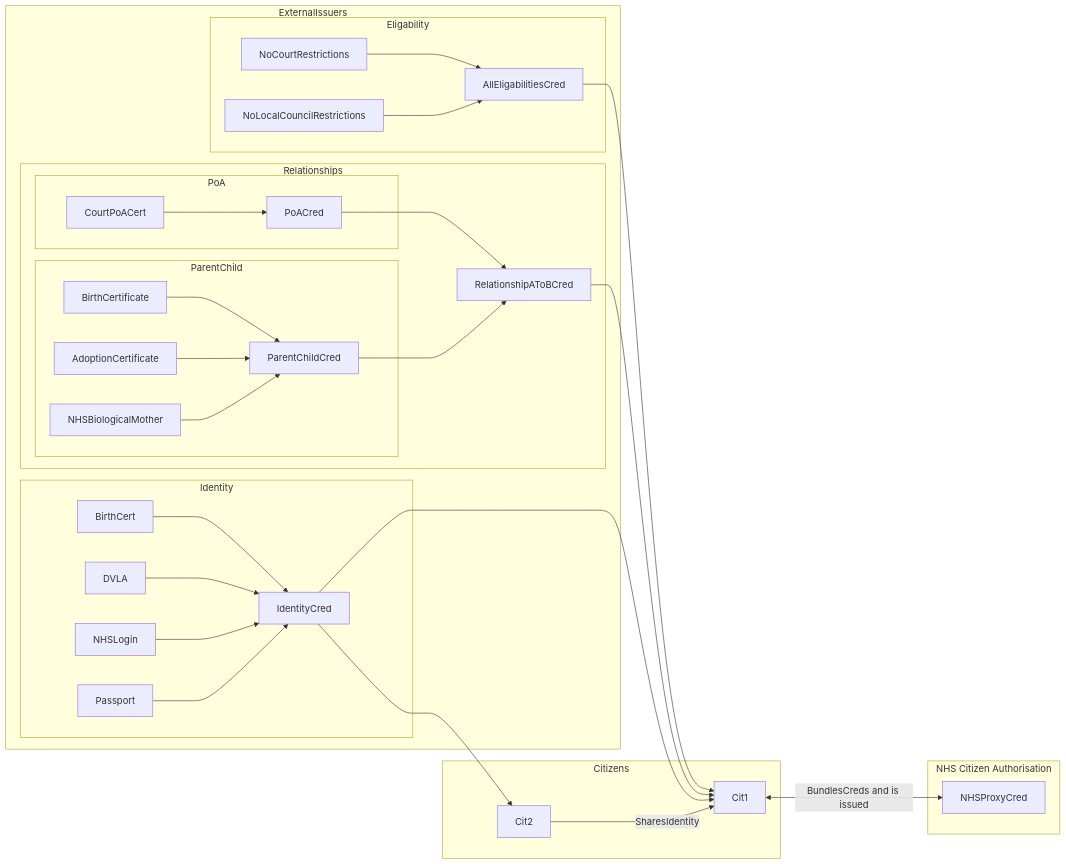
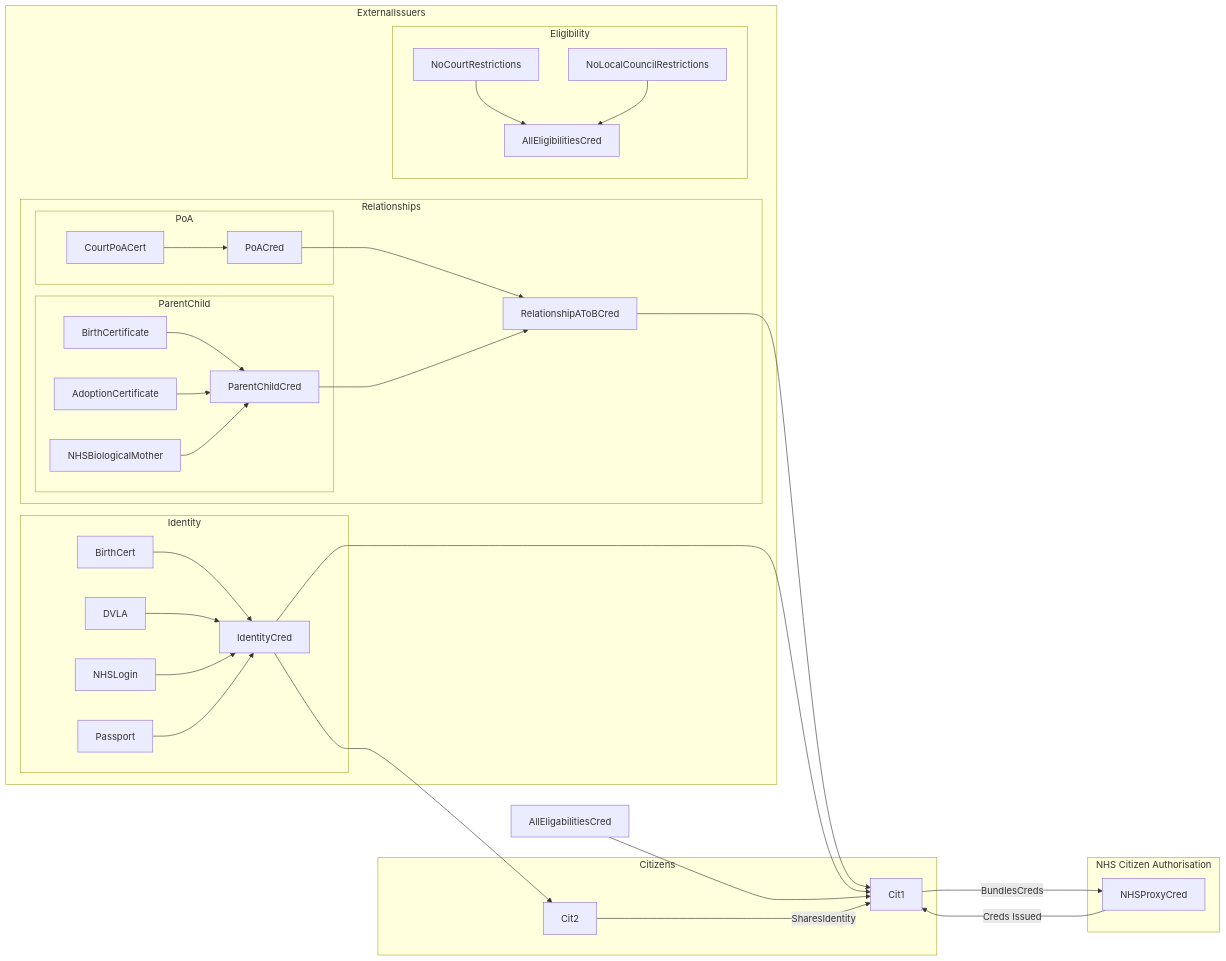
One commit to nhsexperience/nhs-experience changed the diagram in docs/nhs-account/verifyable-credentials.md. Above: the diagram before and after it, drawn with Mermaid. The commit also changed 1 other file, not shown here.

Commit message:
Added content of BMA parent child relationship.

````diff
--- a/docs/nhs-account/verifyable-credentials.md
+++ b/docs/nhs-account/verifyable-credentials.md
@@ -15,48 +15,49 @@
 ```mermaid!
     graph LR
         IdentityCred -->Cit1
         IdentityCred -->Cit2
         RelationshipAToBCred -->Cit1
         AllEligabilitiesCred -->Cit1
-        Cit1 <-->|BundlesCreds and is issued|NHSProxyCred
+        Cit1 ---->|BundlesCreds|NHSProxyCred
+        NHSProxyCred ----> |Creds Issued|Cit1
 
         subgraph Citizens    
             Cit1
             Cit2
             Cit2 -->|SharesIdentity|Cit1
         end
         subgraph ExternalIssuers  
             subgraph Identity
                 BirthCert --> IdentityCred
                 DVLA --> IdentityCred
                 NHSLogin --> IdentityCred
                 Passport --> IdentityCred
                 DVLA
                 NHSLogin
                 Passport
             end
             subgraph Relationships
                 ParentChildCred -->RelationshipAToBCred
                 PoACred --> RelationshipAToBCred
 
                 subgraph ParentChild
                     BirthCertificate --> ParentChildCred
                     AdoptionCertificate --> ParentChildCred
                     NHSBiologicalMother --> ParentChildCred
                 end
                 subgraph PoA
                     CourtPoACert --> PoACred
                     
                 end
                 
             end
-            subgraph Eligability
-                NoCourtRestrictions -->AllEligabilitiesCred
-                NoLocalCouncilRestrictions -->AllEligabilitiesCred
-                AllEligabilitiesCred
+            subgraph Eligibility
+                NoCourtRestrictions -->AllEligibilitiesCred
+                NoLocalCouncilRestrictions -->AllEligibilitiesCred
+                AllEligibilitiesCred
             end
         end
         subgraph NHS Citizen Authorisation
             NHSProxyCred
         end
 ```
````
